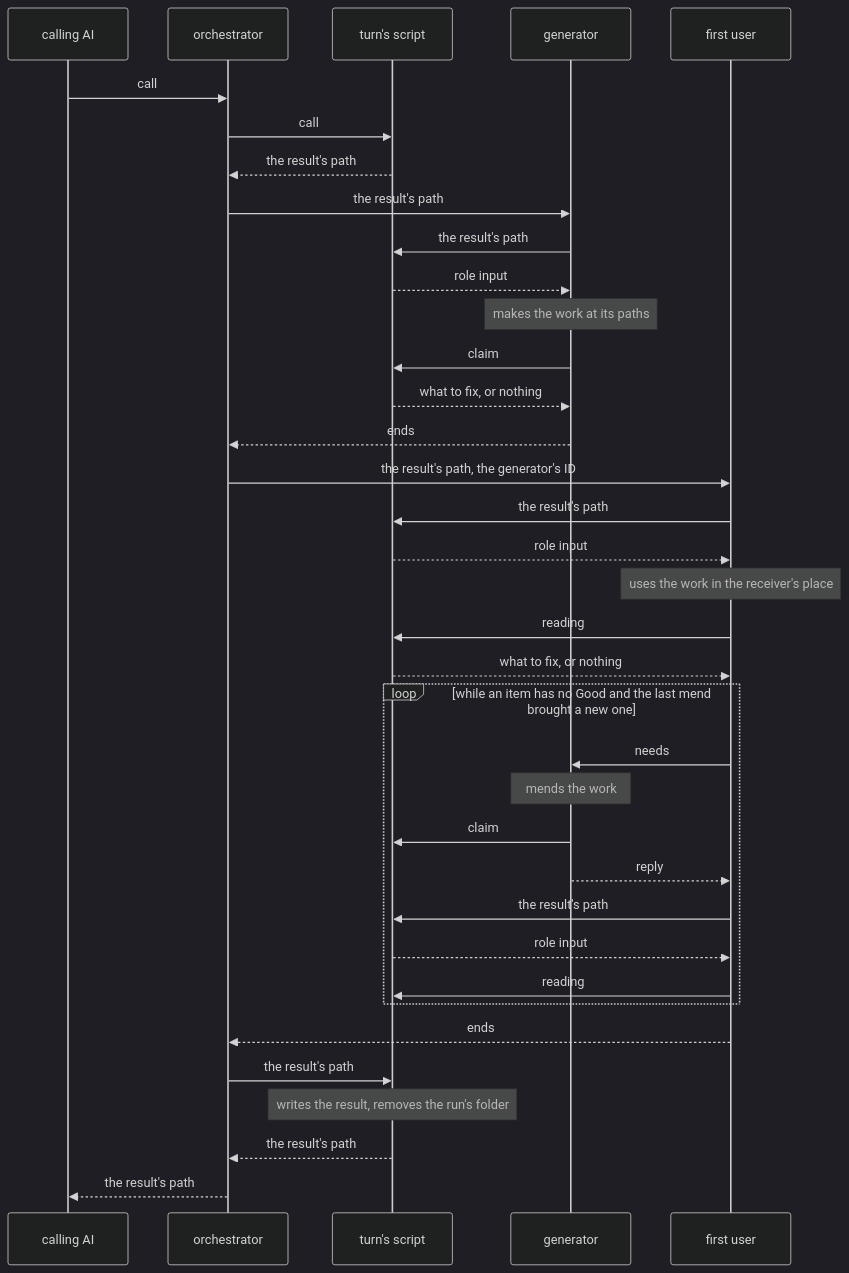
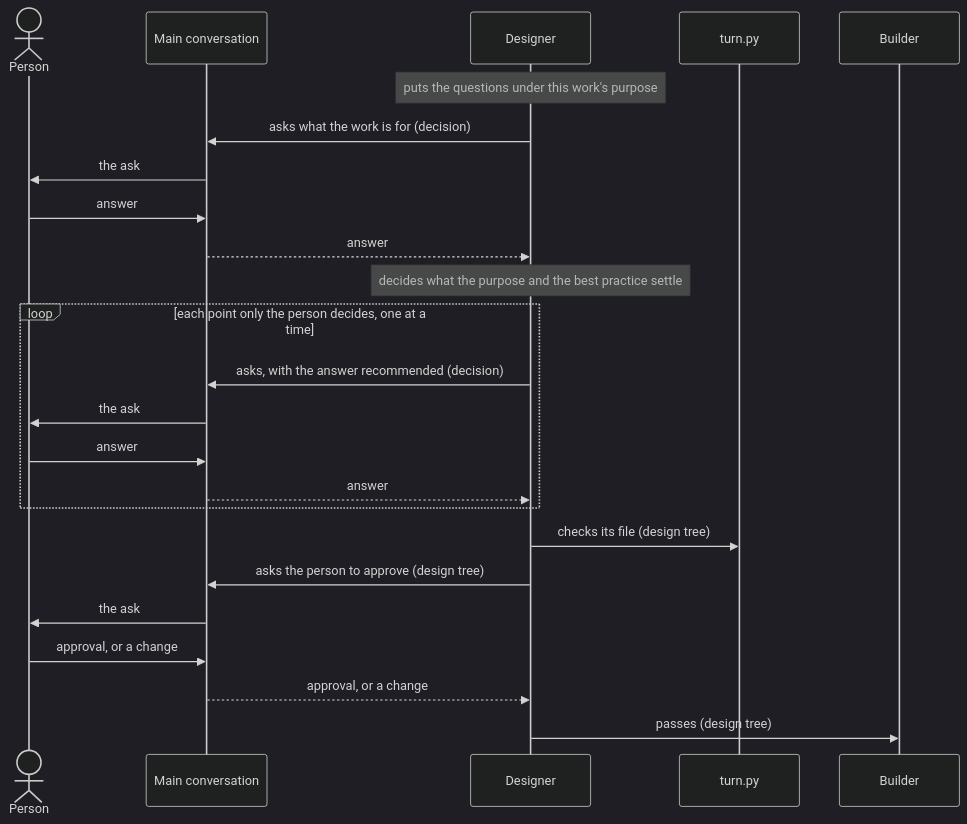
Before and after one commit to lovaizu/ccpm: the third of 5 diagrams in dev/turn/architecture.md, drawn with Mermaid (dark theme). The commit also changed other lines of this file and 7 other files, not shown here.

First line of the commit message:
drafts kept unchecked: lane's README with the flow, to be rewritten from lane's concept, and turn's architecture, to say lane holds the flow; steering says how to go on while the user is away

````diff
--- a/dev/turn/architecture.md
+++ b/dev/turn/architecture.md
@@ -112,38 +209,26 @@
 ```mermaid
 sequenceDiagram
-  participant C as calling AI
-  participant O as orchestrator
-  participant S as turn's script
-  participant G as generator
-  participant F as first user
-  C->>O: call
-  O->>S: call
-  S-->>O: the result's path
-  O->>G: the result's path
-  G->>S: the result's path
-  S-->>G: role input
-  Note over G: makes the work at its paths
-  G->>S: claim
-  S-->>G: what to fix, or nothing
-  G-->>O: ends
-  O->>F: the result's path, the generator's ID
-  F->>S: the result's path
-  S-->>F: role input
-  Note over F: uses the work in the receiver's place
-  F->>S: reading
-  S-->>F: what to fix, or nothing
-  loop while an item has no Good and the last mend brought a new one
-    F->>G: needs
-    Note over G: mends the work
-    G->>S: claim
-    G-->>F: reply
-    F->>S: the result's path
-    S-->>F: role input
-    F->>S: reading
+  actor P as Person
+  participant M as Main conversation
+  participant D as Designer
+  participant S as turn.py
+  participant B as Builder
+  Note over D: puts the questions under this work's purpose
+  D->>M: asks what the work is for (decision)
+  M->>P: the ask
+  P->>M: answer
+  M-->>D: answer
+  Note over D: decides what the purpose and the best practice settle
+  loop each point only the person decides, one at a time
+    D->>M: asks, with the answer recommended (decision)
+    M->>P: the ask
+    P->>M: answer
+    M-->>D: answer
   end
-  F-->>O: ends
-  O->>S: the result's path
-  Note over S: writes the result, removes the run's folder
-  S-->>O: the result's path
-  O-->>C: the result's path
+  D->>S: checks its file (design tree)
+  D->>M: asks the person to approve (design tree)
+  M->>P: the ask
+  P->>M: approval, or a change
+  M-->>D: approval, or a change
+  D->>B: passes (design tree)
 ```
````
